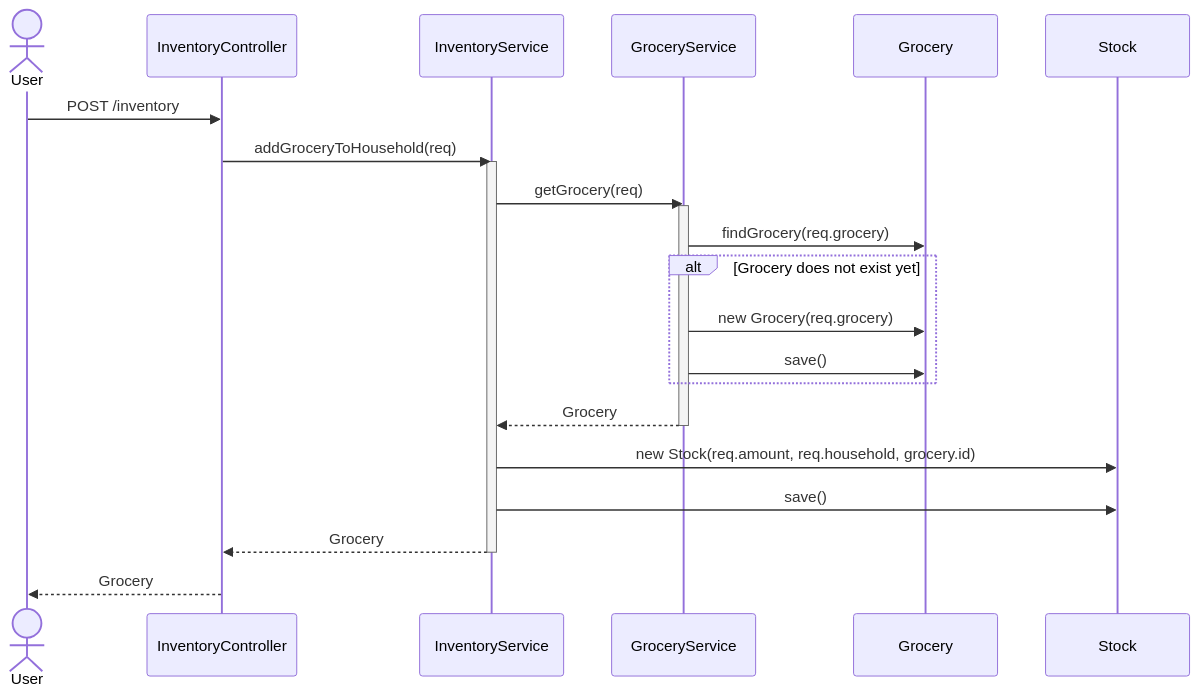
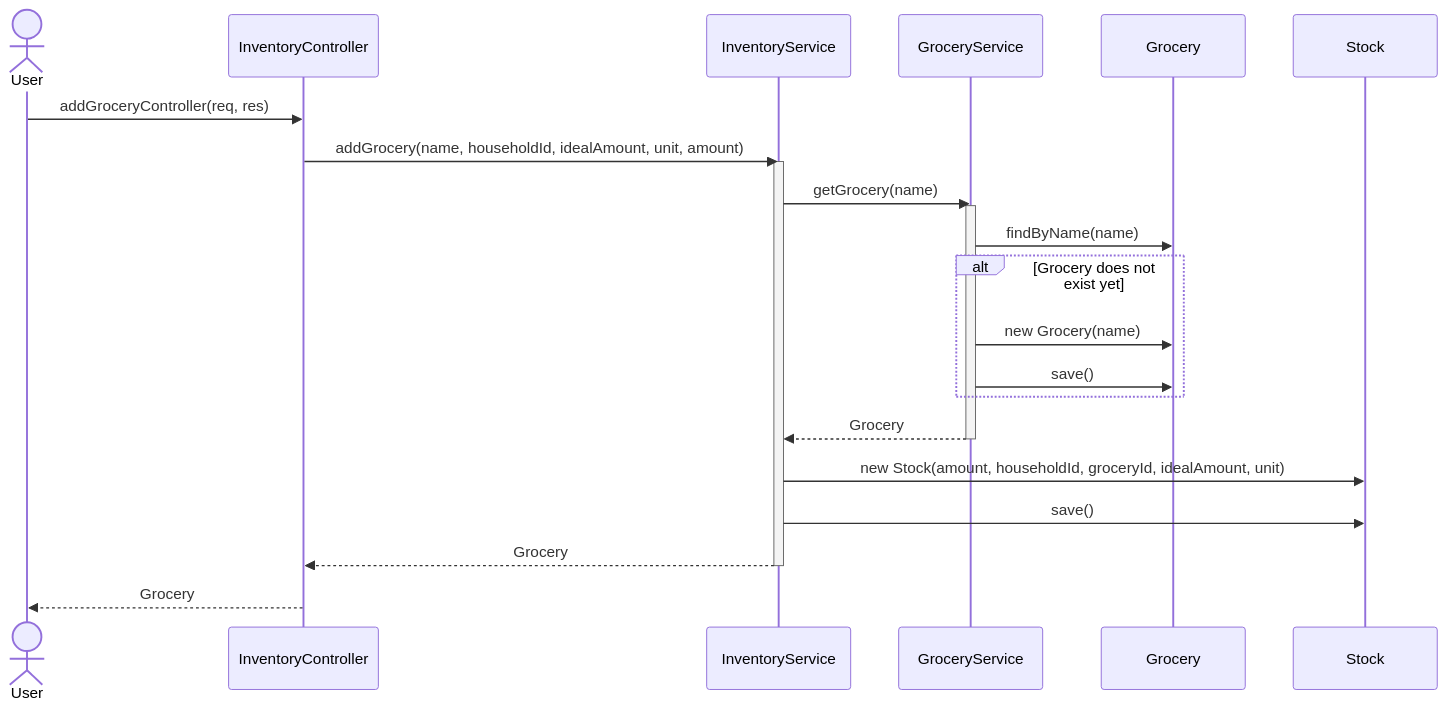
One commit to danielplan/wastend changed the fifth of 7 diagrams in docs/user-journeys.md. Above: the diagram before and after it, drawn with Mermaid. The commit also changed other lines of this file and 8 other files, not shown here.

````diff
--- a/docs/user-journeys.md
+++ b/docs/user-journeys.md
@@ -96,21 +96,21 @@
 ```mermaid
 sequenceDiagram
     actor User
-    User ->> InventoryController: POST /inventory
-    InventoryController ->> InventoryService: addGroceryToHousehold(req)
+    User ->> InventoryController: addGroceryController(req, res)
+    InventoryController ->> InventoryService: addGrocery(name, householdId, idealAmount, unit, amount)
     activate InventoryService
-    InventoryService ->> GroceryService: getGrocery(req)
+    InventoryService ->> GroceryService: getGrocery(name)
     activate GroceryService
-    GroceryService ->> Grocery: findGrocery(req.grocery)
+    GroceryService ->> Grocery: findByName(name)
     alt Grocery does not exist yet
-        GroceryService ->> Grocery: new Grocery(req.grocery)
+        GroceryService ->> Grocery: new Grocery(name)
         GroceryService ->> Grocery: save()
     end
     GroceryService -->> InventoryService: Grocery
     deactivate GroceryService
-    InventoryService ->> Stock: new Stock(req.amount, req.household, grocery.id)
+    InventoryService ->> Stock: new Stock(amount, householdId, groceryId, idealAmount, unit)
     InventoryService ->> Stock: save()
     InventoryService -->> InventoryController: Grocery
     deactivate InventoryService
     InventoryController -->> User: Grocery
 ```
````
